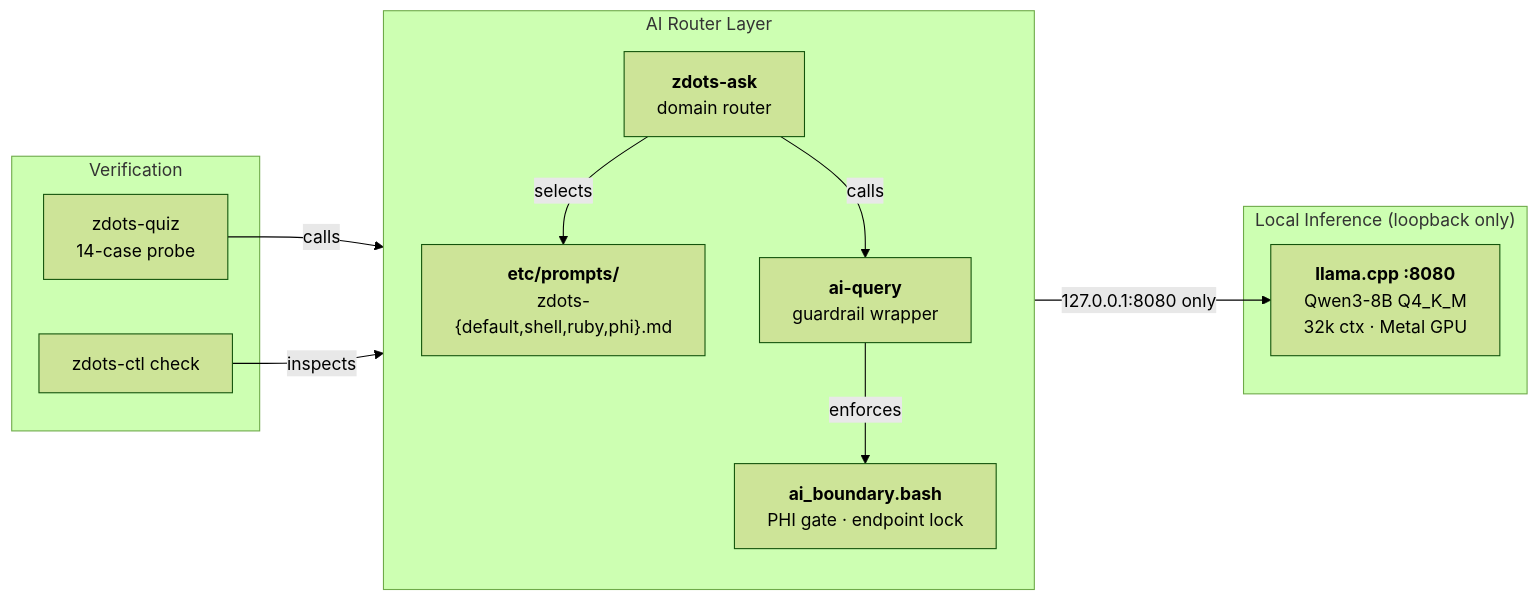
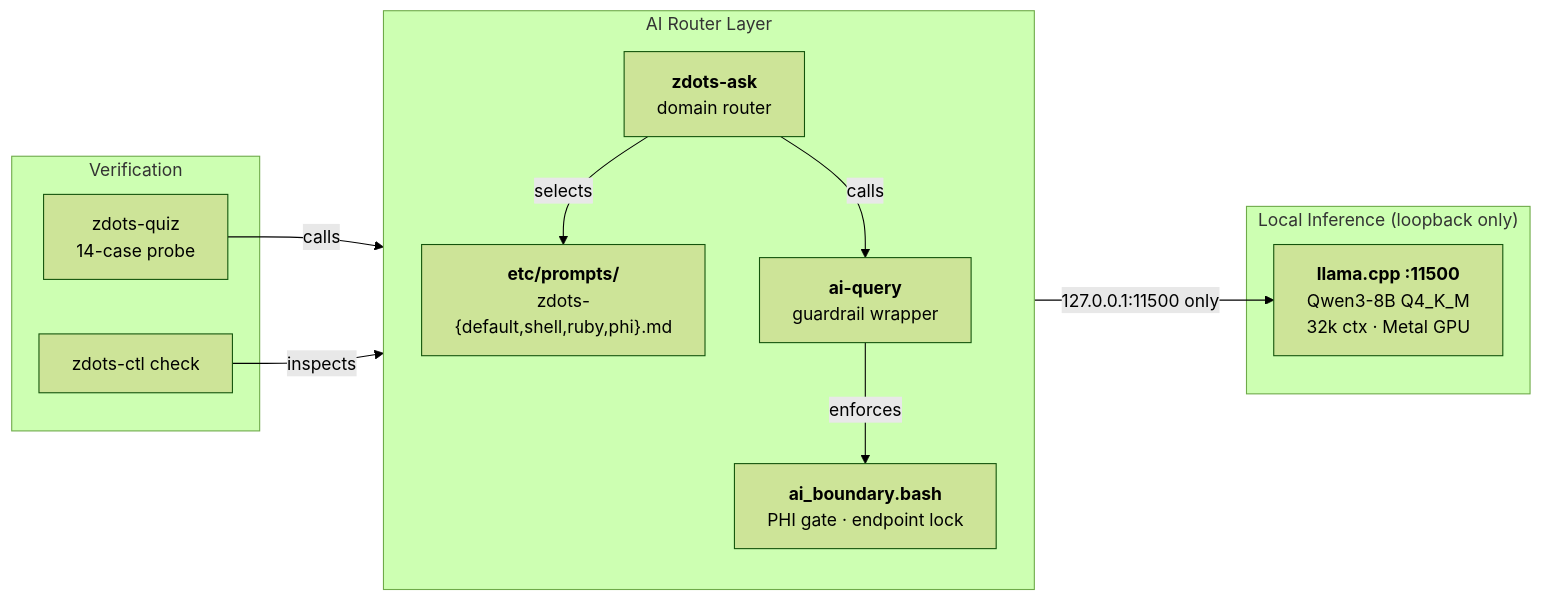
One commit to just3ws/zdots changed the fourth of 4 diagrams in README.md. Above: the diagram before and after it, drawn with Mermaid (forest theme). The commit also changed 54 other files, not shown here.

````diff
--- a/README.md
+++ b/README.md
@@ -232,26 +232,26 @@
 ```mermaid
 flowchart LR
     subgraph Router["AI Router Layer"]
         direction TB
         ask["<b>zdots-ask</b>\ndomain router"]
         prompts["<b>etc/prompts/</b>\nzdots-{default,shell,ruby,phi}.md"]
         aiquery["<b>ai-query</b>\nguardrail wrapper"]
         boundary["<b>ai_boundary.bash</b>\nPHI gate · endpoint lock"]
         ask -->|selects| prompts
         ask -->|calls| aiquery
         aiquery -->|enforces| boundary
     end
 
     subgraph Inference["Local Inference (loopback only)"]
-        llama["<b>llama.cpp :8080</b><br/>Qwen3-8B Q4_K_M<br/>32k ctx · Metal GPU"]
+        llama["<b>llama.cpp :11500</b><br/>Qwen3-8B Q4_K_M<br/>32k ctx · Metal GPU"]
     end
 
     subgraph Ops["Verification"]
         ctl["zdots-ctl check"]
         quiz["zdots-quiz\n14-case probe"]
         quiz -->|calls| ask
         ctl -->|inspects| ask
     end
 
-    boundary -->|127.0.0.1:8080 only| llama
+    boundary -->|127.0.0.1:11500 only| llama
 ```
````
